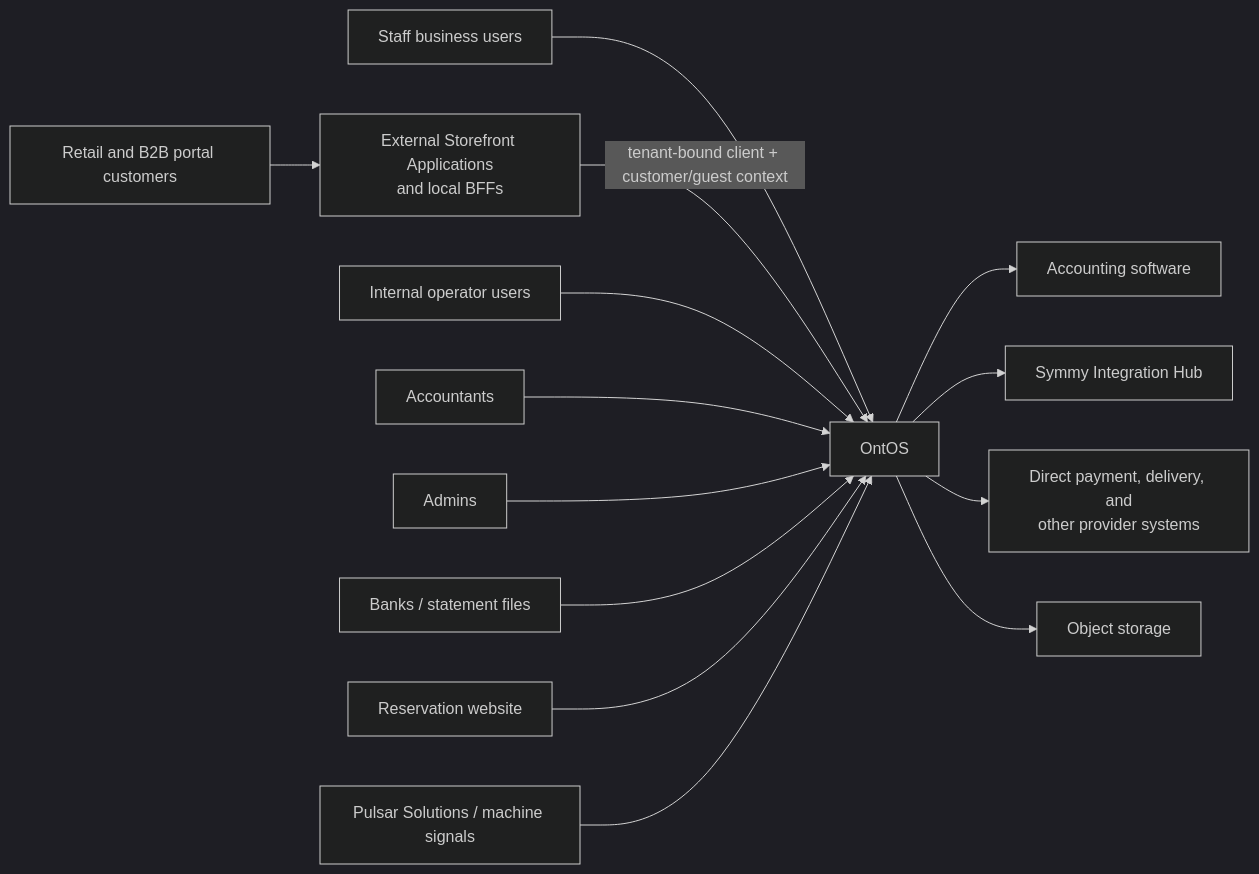
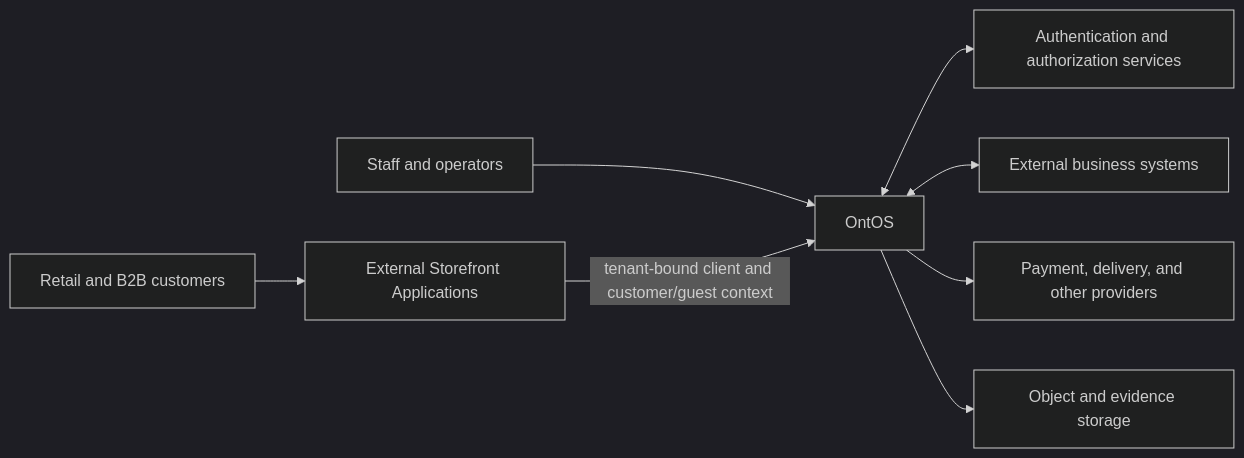
Before and after one commit to TechsioCZ/ontos: the diagram in docs/diagrams/c4-L1-context.md, drawn with Mermaid (dark theme). The commit also changed 67 other files, not shown here.

````diff
--- a/docs/diagrams/c4-L1-context.md
+++ b/docs/diagrams/c4-L1-context.md
@@ -3,31 +3,19 @@
 ```mermaid
 flowchart LR
-  users[Staff business users]
-  portal[Retail and B2B portal customers]
-  internal[Internal operator users]
-  acct[Accountants]
-  admin[Admins]
+  staff[Staff and operators]
+  customers[Retail and B2B customers]
   ontos[OntOS]
-  accsw[Accounting software]
-  bank[Banks / statement files]
-  resweb[Reservation website]
-  storefronts[External Storefront Applications\nand local BFFs]
-  symmy[Symmy Integration Hub]
-  providers[Direct payment, delivery, and\nother provider systems]
-  pulsar[Pulsar Solutions / machine signals]
-  storage[Object storage]
+  storefronts[External Storefront Applications]
+  auth[Authentication and authorization services]
+  business[External business systems]
+  providers[Payment, delivery, and other providers]
+  storage[Object and evidence storage]
 
-  users --> ontos
-  portal --> storefronts
-  storefronts -->|tenant-bound client + customer/guest context| ontos
-  internal --> ontos
-  acct --> ontos
-  admin --> ontos
-  ontos --> accsw
-  bank --> ontos
-  resweb --> ontos
-  ontos --> symmy
+  staff --> ontos
+  customers --> storefronts
+  storefronts -->|tenant-bound client and customer/guest context| ontos
+  ontos <--> auth
+  ontos <--> business
   ontos --> providers
-  pulsar --> ontos
   ontos --> storage
 ```
````
